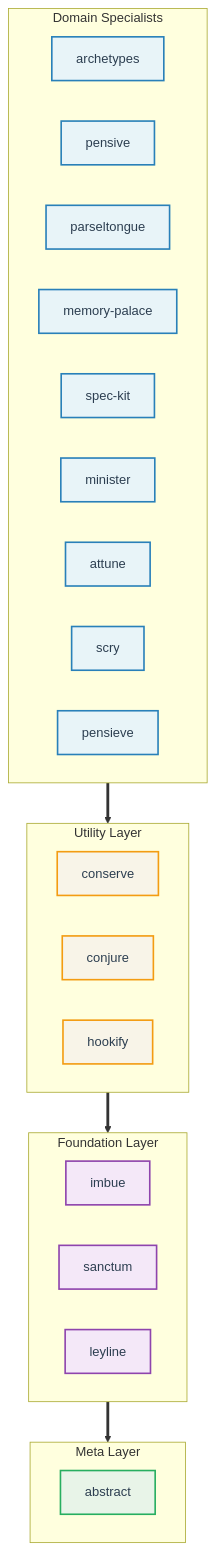
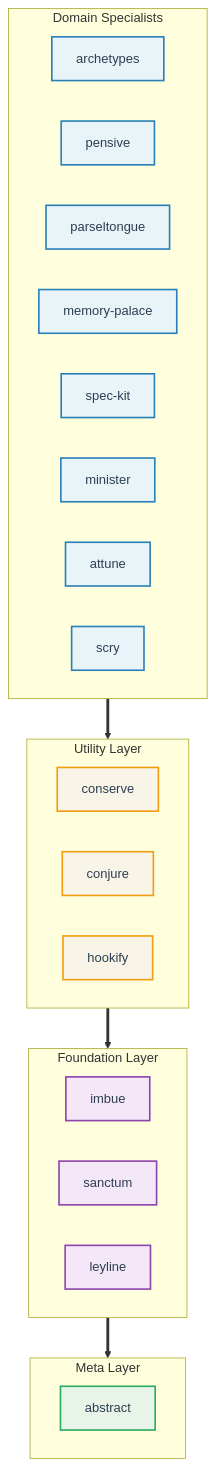
The diagram in README.md (athola/claude-night-market), drawn with Mermaid before and after one commit. The commit also changed other lines of this file and 18 other files, not shown here.

````diff
--- a/README.md
+++ b/README.md
@@ -46,41 +46,40 @@
 ```mermaid
 flowchart TB
     classDef domainClass fill:#e8f4f8,stroke:#2980b9,stroke-width:2px,color:#2c3e50
     classDef utilityClass fill:#f8f4e8,stroke:#f39c12,stroke-width:2px,color:#2c3e50
     classDef foundationClass fill:#f4e8f8,stroke:#8e44ad,stroke-width:2px,color:#2c3e50
     classDef metaClass fill:#e8f4e8,stroke:#27ae60,stroke-width:2px,color:#2c3e50
 
     subgraph Domain["Domain Specialists"]
         direction LR
         D1[archetypes]:::domainClass
         D2[pensive]:::domainClass
         D3[parseltongue]:::domainClass
         D4[memory-palace]:::domainClass
         D5[spec-kit]:::domainClass
         D6[minister]:::domainClass
         D7[attune]:::domainClass
         D8[scry]:::domainClass
-        D9[pensieve]:::domainClass
     end
 
     subgraph Utility["Utility Layer"]
         direction LR
         U1[conserve]:::utilityClass
         U2[conjure]:::utilityClass
         U3[hookify]:::utilityClass
     end
 
     subgraph Foundation["Foundation Layer"]
         direction LR
         F1[imbue]:::foundationClass
         F2[sanctum]:::foundationClass
         F3[leyline]:::foundationClass
     end
 
     subgraph Meta["Meta Layer"]
         direction LR
         M1[abstract]:::metaClass
     end
 
     Domain ==> Utility ==> Foundation ==> Meta
 ```
````
